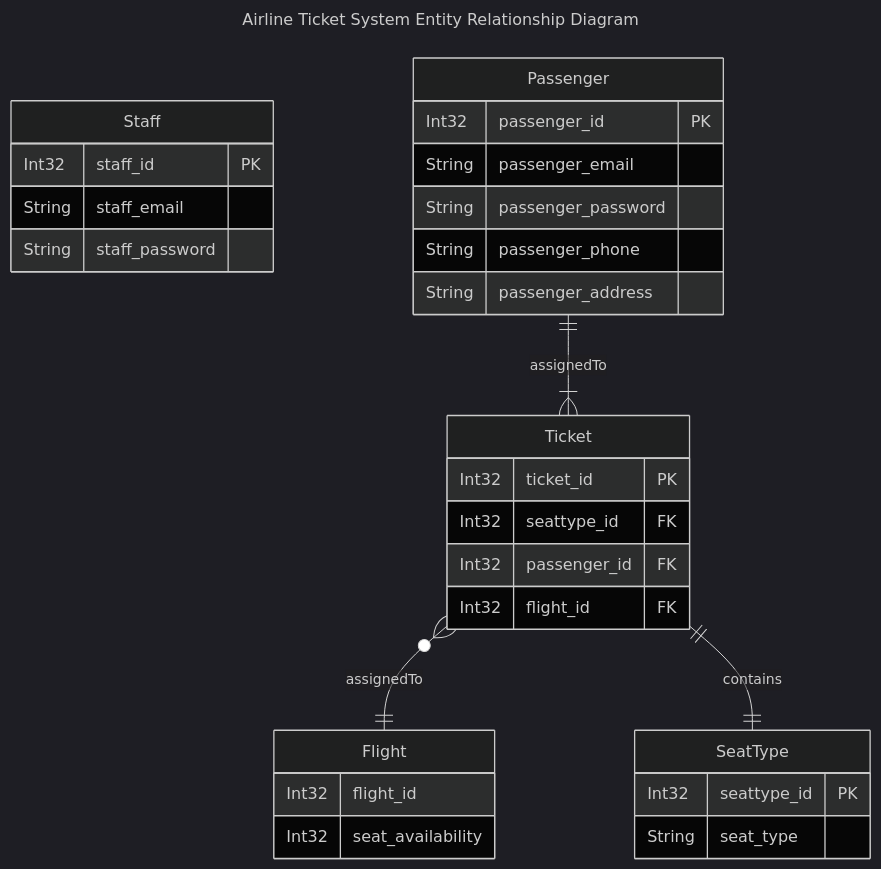
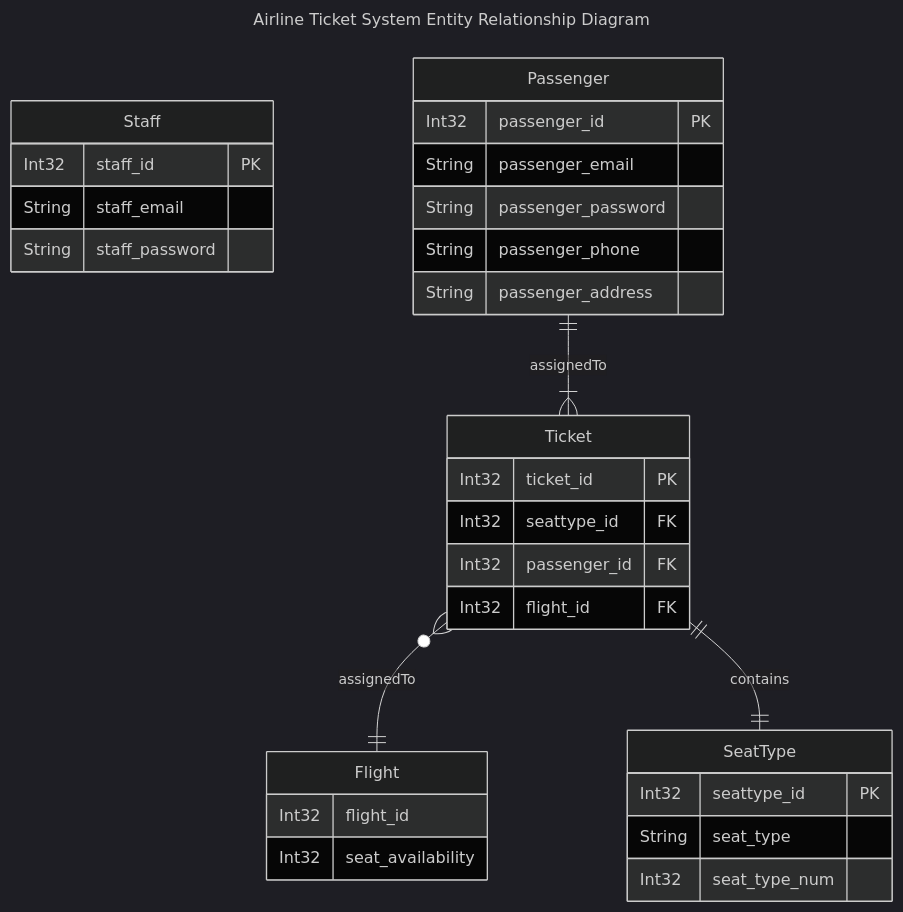
The diagram in docs/Diagrams/ERD.md (4lex16/AppDevProject), drawn with Mermaid (dark theme) before and after one commit. The commit also changed 4 other files, not shown here.

````diff
--- a/docs/Diagrams/ERD.md
+++ b/docs/Diagrams/ERD.md
@@ -4,44 +4,45 @@
 ```mermaid
 ---
 title: Airline Ticket System Entity Relationship Diagram
 ---
 erDiagram
     %% Staff will be created by "Admin" (outside of our program)
     Staff {
         Int32 staff_id PK
         String staff_email
         String staff_password
     }
     
     Passenger {
         Int32 passenger_id PK
         String passenger_email
         String passenger_password
         String passenger_phone
         String passenger_address
     }
 
     %% Flight will be created by "Admin" (outside of our program)
     Flight {
         Int32 flight_id
         Int32 seat_availability
     }
 
     
 
     Ticket {
         Int32 ticket_id PK
         Int32 seattype_id FK
         Int32 passenger_id FK
         Int32 flight_id FK
     }
 
     SeatType {
         Int32 seattype_id PK
         String seat_type
+        Int32 seat_type_num
     }
 
     Passenger ||--|{ Ticket : assignedTo
     Ticket }o--|| Flight: assignedTo
     Ticket ||--|| SeatType: contains
 ```
````
